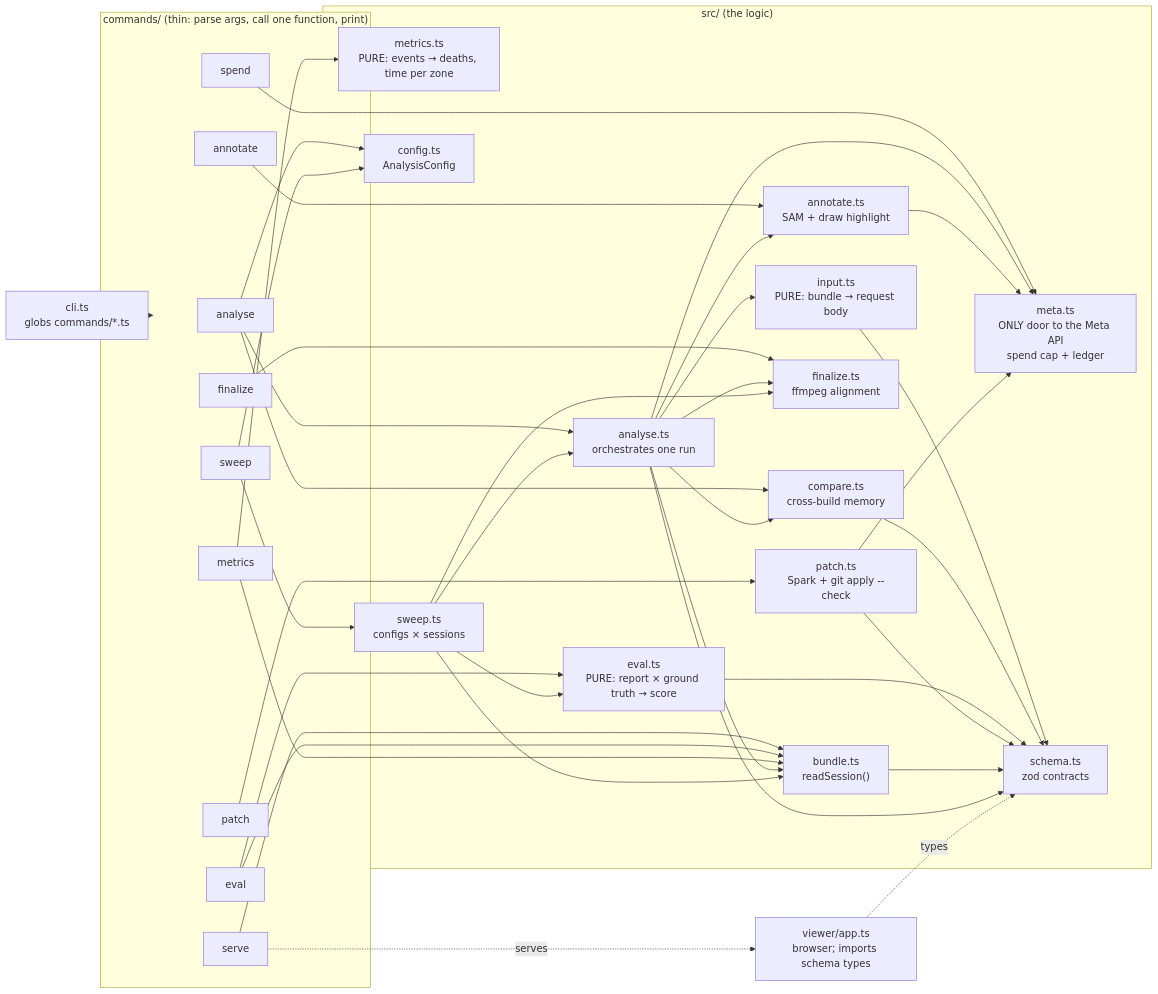
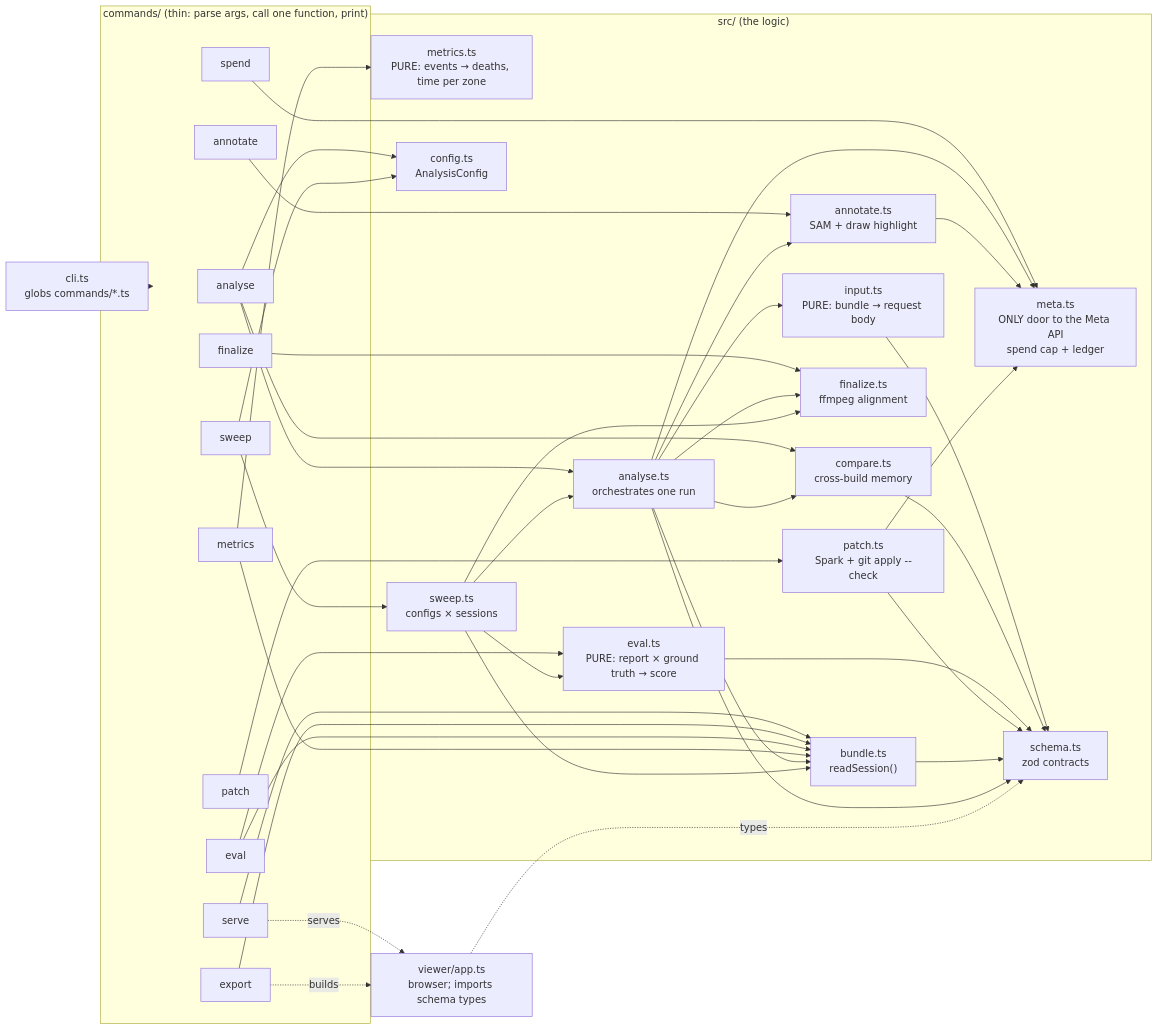
The fourth of 9 diagrams in docs/architecture.md (tornupgaming/playtest-analyst), drawn with Mermaid before and after one commit. The commit also changed 6 other files, not shown here.

Commit message:
TUG-132: `export` writes the report viewer as a static site, and tools/publish_pages.sh puts the sample on GitHub Pages

````diff
--- a/docs/architecture.md
+++ b/docs/architecture.md
@@ -170,46 +170,48 @@
 ```mermaid
 flowchart LR
   cli["cli.ts<br/>globs commands/*.ts"]
 
   subgraph commands["commands/ (thin: parse args, call one function, print)"]
     cA["analyse"] ; cAn["annotate"] ; cF["finalize"] ; cP["patch"]
-    cS["serve"] ; cE["eval"] ; cSw["sweep"] ; cM["metrics"] ; cSp["spend"]
+    cS["serve"] ; cX["export"] ; cE["eval"] ; cSw["sweep"] ; cM["metrics"] ; cSp["spend"]
   end
 
   subgraph core["src/ (the logic)"]
     analyse["analyse.ts<br/>orchestrates one run"]
     input["input.ts<br/>PURE: bundle → request body"]
     compare["compare.ts<br/>cross-build memory"]
     annotate["annotate.ts<br/>SAM + draw highlight"]
     patch["patch.ts<br/>Spark + git apply --check"]
     finalize["finalize.ts<br/>ffmpeg alignment"]
     eval["eval.ts<br/>PURE: report × ground truth → score"]
     metrics["metrics.ts<br/>PURE: events → deaths, time per zone"]
     sweep["sweep.ts<br/>configs × sessions"]
     bundle["bundle.ts<br/>readSession()"]
     config["config.ts<br/>AnalysisConfig"]
     meta["meta.ts<br/>ONLY door to the Meta API<br/>spend cap + ledger"]
     schema["schema.ts<br/>zod contracts"]
   end
 
   viewer["viewer/app.ts<br/>browser; imports schema types"]
 
   cli --> commands
   cA --> analyse & compare & config
   cAn --> annotate
   cF --> finalize
   cP --> patch
   cS --> bundle
   cS -.serves.-> viewer
+  cX --> bundle
+  cX -.builds.-> viewer
   cE --> eval & bundle
   cSw --> sweep & config
   cM --> metrics & bundle
   cSp --> meta
 
   analyse --> finalize & bundle & input & compare & annotate & meta
   sweep --> analyse & eval & finalize & bundle
   annotate --> meta
   patch --> meta
   input & compare & eval & patch & bundle & analyse --> schema
   viewer -.types.-> schema
 ```
````
